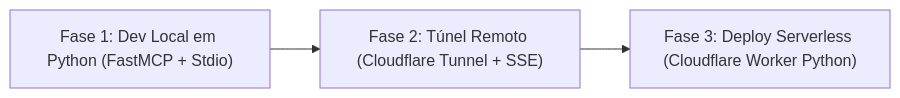
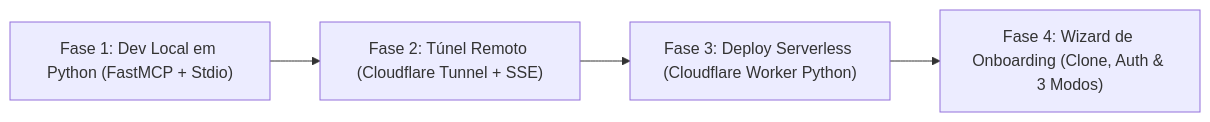
The first of 2 diagrams in docs/tasks-custom-mcp-cloudflare.md (Eduardo-Rezende-MDK/mcp-server-enterprise-blueprint), drawn with Mermaid before and after one commit. The commit also changed other lines of this file and 6 other files, not shown here.

Commit message:
feat: adicionar instalador e wizard de onboarding multi-modal (Fase 4)

````diff
--- a/docs/tasks-custom-mcp-cloudflare.md
+++ b/docs/tasks-custom-mcp-cloudflare.md
@@ -9,5 +9,6 @@
 ```mermaid
 flowchart LR
     A["Fase 1: Dev Local em Python (FastMCP + Stdio)"] --> B["Fase 2: Túnel Remoto (Cloudflare Tunnel + SSE)"]
     B --> C["Fase 3: Deploy Serverless (Cloudflare Worker Python)"]
+    C --> D["Fase 4: Wizard de Onboarding (Clone, Auth & 3 Modos)"]
 ```
````
